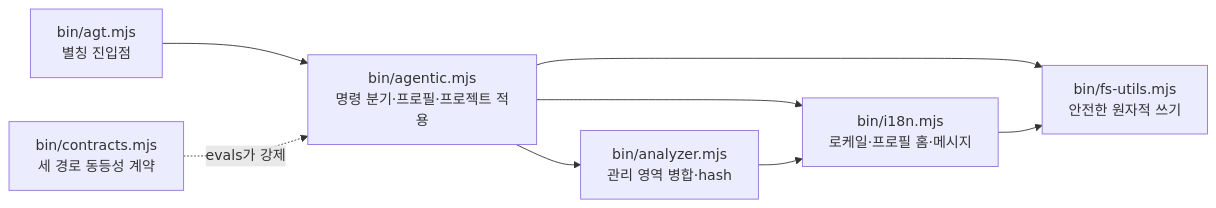
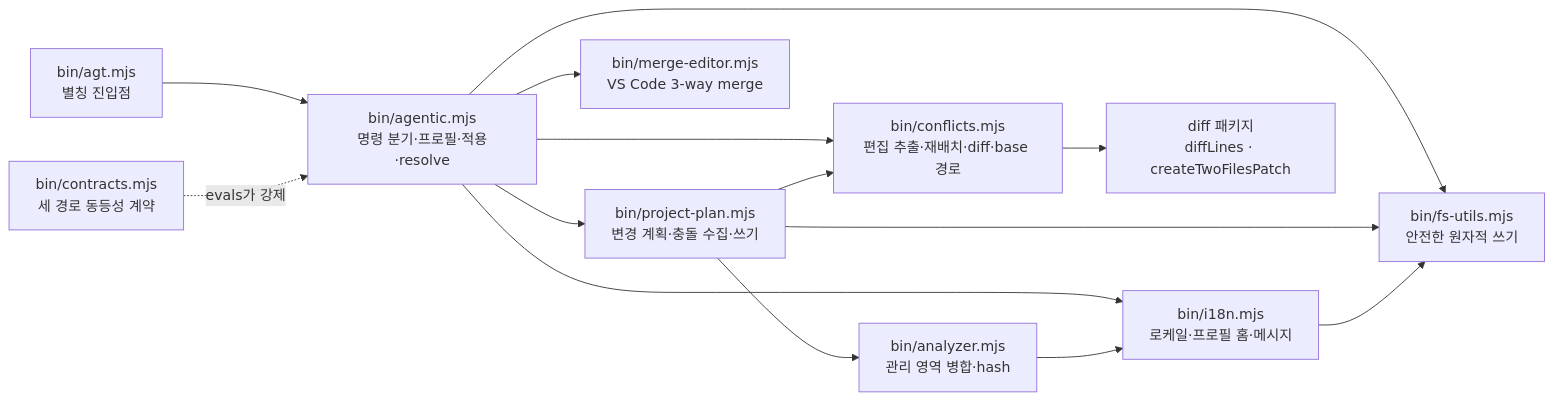
Before and after one commit to IsthisLee/agent-context-manager: the first of 8 diagrams in docs/architecture/implementation-mechanics.md, drawn with Mermaid. The commit also changed other lines of this file and 13 other files, not shown here.

````diff
--- a/docs/architecture/implementation-mechanics.md
+++ b/docs/architecture/implementation-mechanics.md
@@ -22,10 +22,16 @@
 ```mermaid
 flowchart LR
-  agt["bin/agt.mjs<br/>별칭 진입점"] --> core["bin/agentic.mjs<br/>명령 분기·프로필·프로젝트 적용"]
-  core --> analyzer["bin/analyzer.mjs<br/>관리 영역 병합·hash"]
+  agt["bin/agt.mjs<br/>별칭 진입점"] --> core["bin/agentic.mjs<br/>명령 분기·프로필·적용·resolve"]
+  core --> plan["bin/project-plan.mjs<br/>변경 계획·충돌 수집·쓰기"]
+  core --> conflicts["bin/conflicts.mjs<br/>편집 추출·재배치·diff·base 경로"]
+  core --> merge["bin/merge-editor.mjs<br/>VS Code 3-way merge"]
   core --> fsutils["bin/fs-utils.mjs<br/>안전한 원자적 쓰기"]
   core --> i18n["bin/i18n.mjs<br/>로케일·프로필 홈·메시지"]
+  plan --> analyzer["bin/analyzer.mjs<br/>관리 영역 병합·hash"]
+  plan --> conflicts
+  plan --> fsutils
+  conflicts --> jsdiff["diff 패키지<br/>diffLines · createTwoFilesPatch"]
   analyzer --> i18n
   i18n --> fsutils
   contracts["bin/contracts.mjs<br/>세 경로 동등성 계약"] -.->|"evals가 강제"| core
 ```
````
